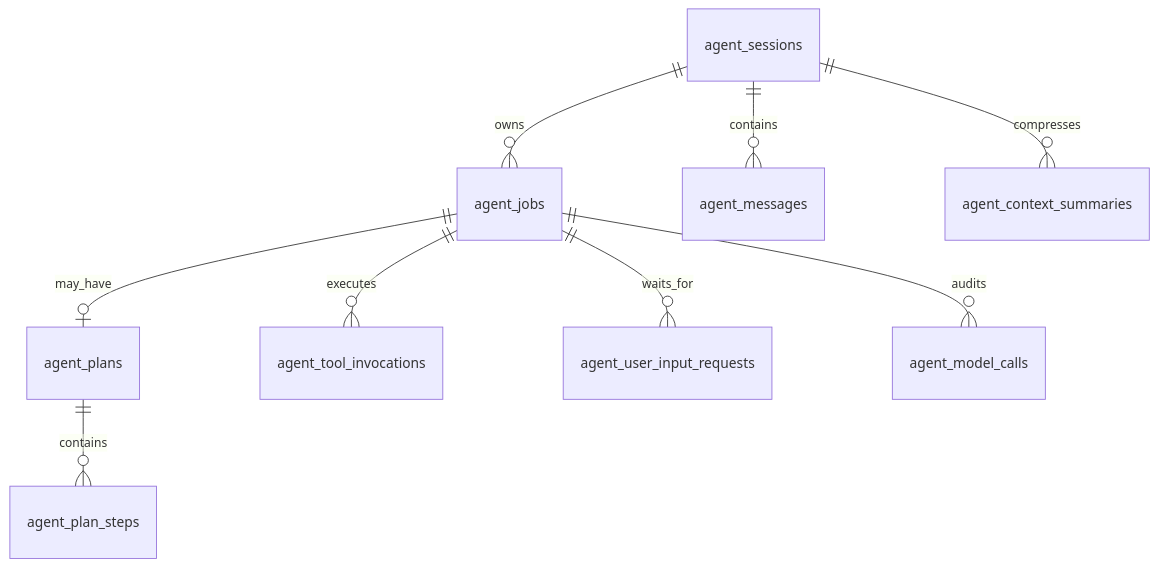
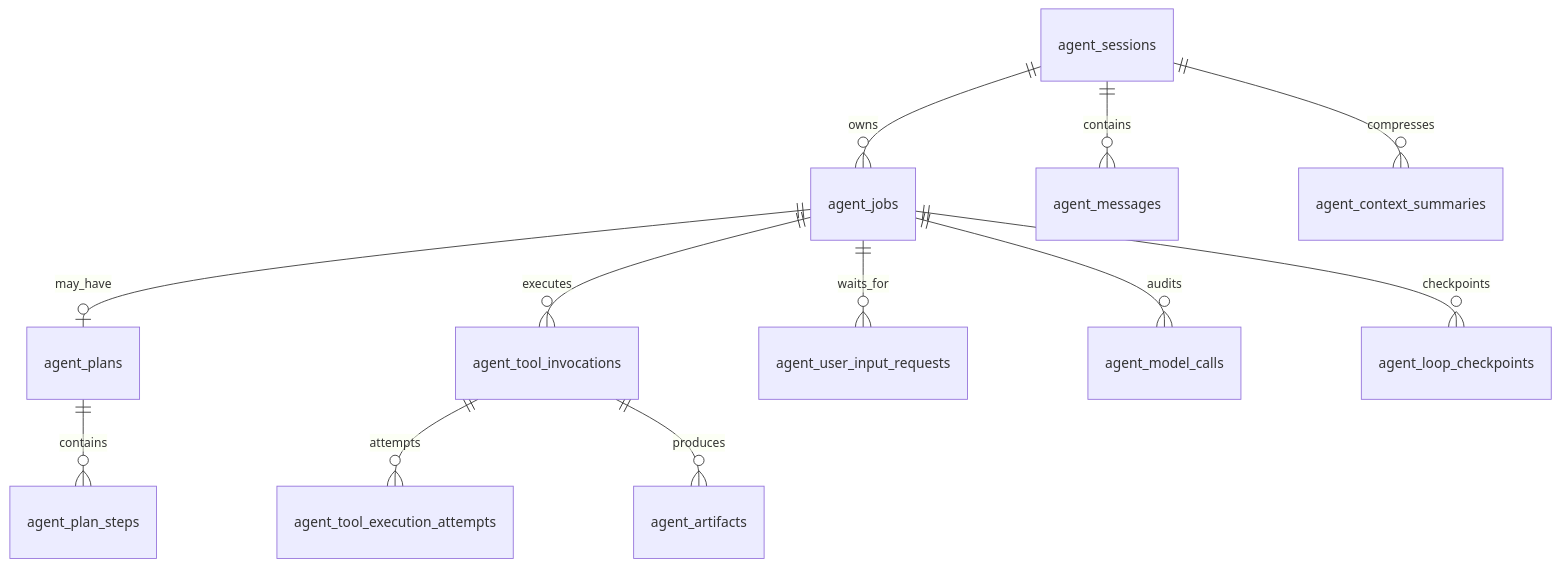
Before and after one commit to lucyonegit/agent-runtime-v2: the first of 2 diagrams in docs/02-persistence-context-view.md, drawn with Mermaid. The commit also changed other lines of this file and 7 other files, not shown here.

````diff
--- a/docs/02-persistence-context-view.md
+++ b/docs/02-persistence-context-view.md
@@ -5,11 +5,14 @@
 ```mermaid
 erDiagram
     agent_sessions ||--o{ agent_jobs : owns
     agent_sessions ||--o{ agent_messages : contains
     agent_jobs ||--o| agent_plans : may_have
     agent_plans ||--o{ agent_plan_steps : contains
     agent_jobs ||--o{ agent_tool_invocations : executes
     agent_jobs ||--o{ agent_user_input_requests : waits_for
     agent_jobs ||--o{ agent_model_calls : audits
+    agent_jobs ||--o{ agent_loop_checkpoints : checkpoints
+    agent_tool_invocations ||--o{ agent_tool_execution_attempts : attempts
+    agent_tool_invocations ||--o{ agent_artifacts : produces
     agent_sessions ||--o{ agent_context_summaries : compresses
 ```
````
